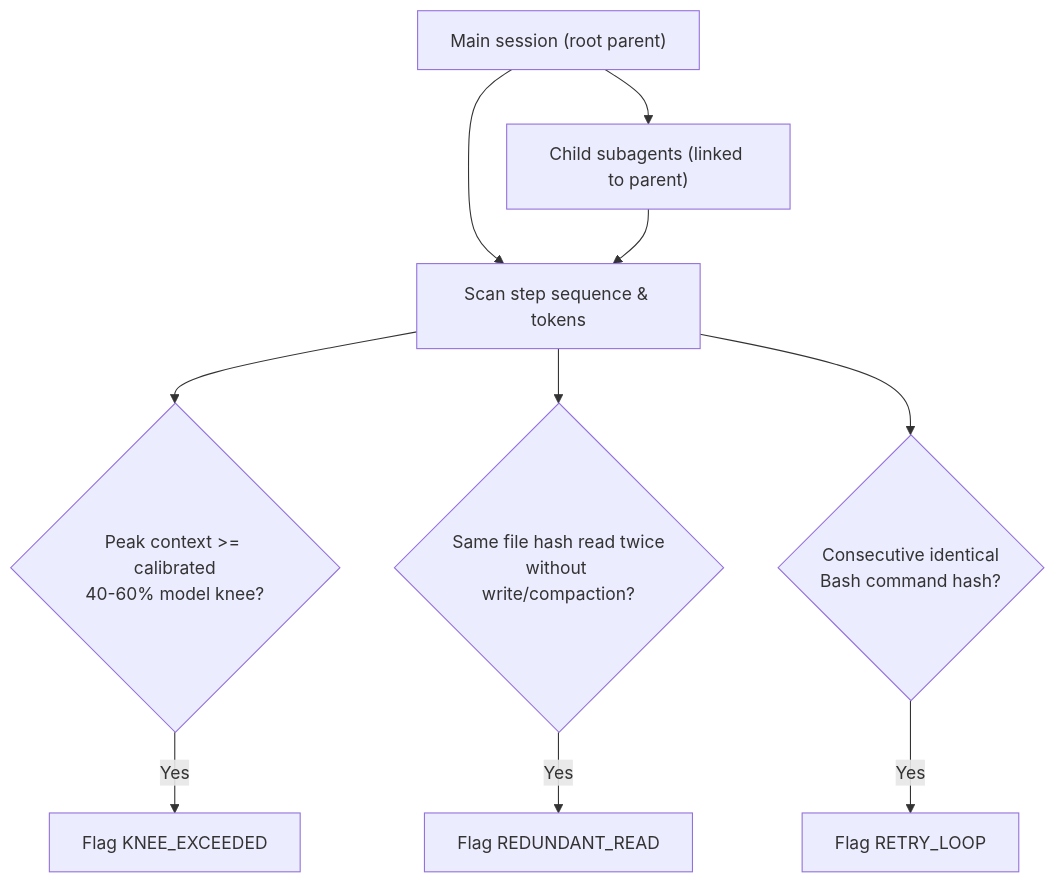
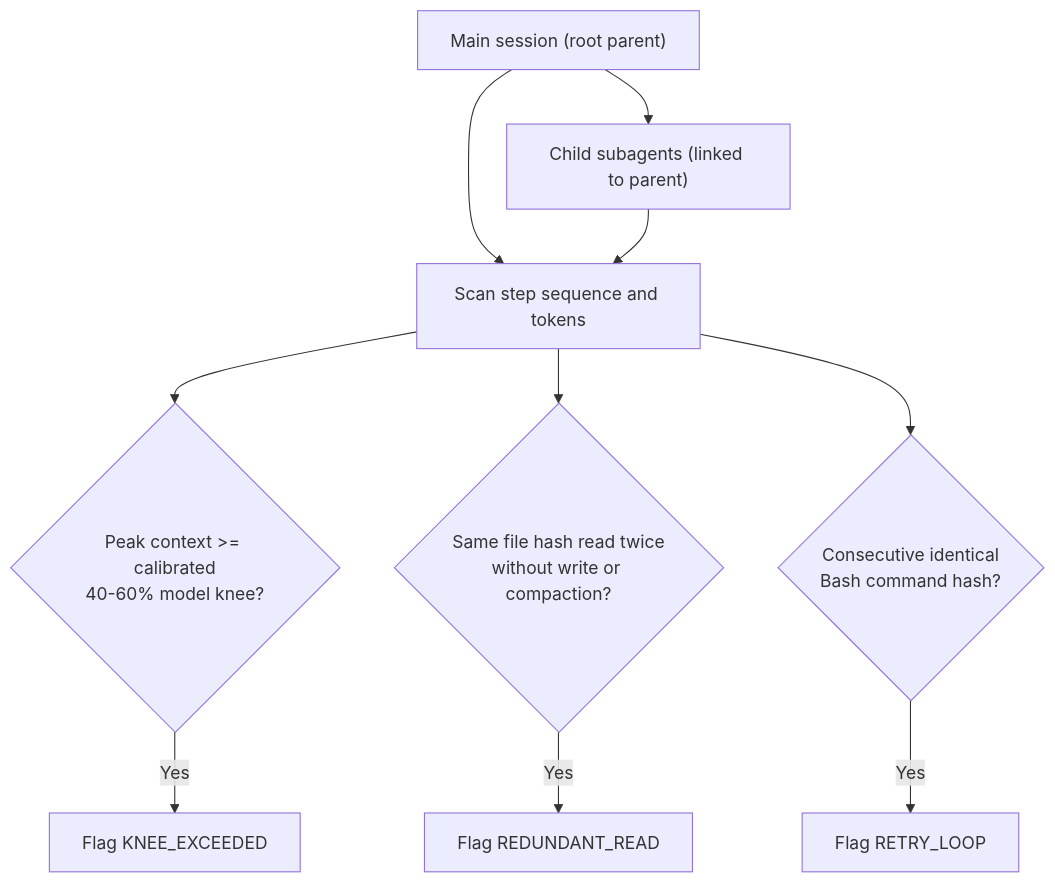
One commit to kesokaj/fyr changed the second of 2 diagrams in features/metrics-and-reports.md. Above: the diagram before and after it, drawn with Mermaid. The commit also changed other lines of this file and 3 other files, not shown here.

````diff
--- a/features/metrics-and-reports.md
+++ b/features/metrics-and-reports.md
@@ -26,12 +32,12 @@
 ```mermaid
 flowchart TD
     rootSess["Main session (root parent)"] --> childSub["Child subagents (linked to parent)"]
-    rootSess --> stepScan["Scan step sequence & tokens"]
+    rootSess --> stepScan["Scan step sequence and tokens"]
     childSub --> stepScan
     stepScan --> kneeCheck{"Peak context >= calibrated\n40-60% model knee?"}
     kneeCheck -- "Yes" --> anomKnee["Flag KNEE_EXCEEDED"]
-    stepScan --> readCheck{"Same file hash read twice\nwithout write/compaction?"}
+    stepScan --> readCheck{"Same file hash read twice\nwithout write or compaction?"}
     readCheck -- "Yes" --> anomRead["Flag REDUNDANT_READ"]
     stepScan --> bashCheck{"Consecutive identical\nBash command hash?"}
     bashCheck -- "Yes" --> anomRetry["Flag RETRY_LOOP"]
 ```
````
